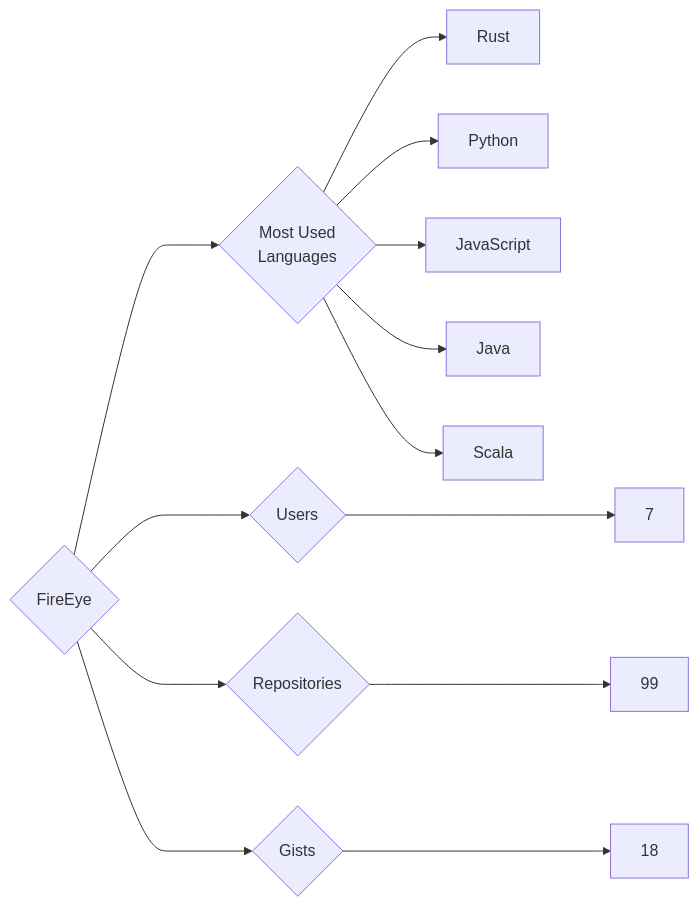
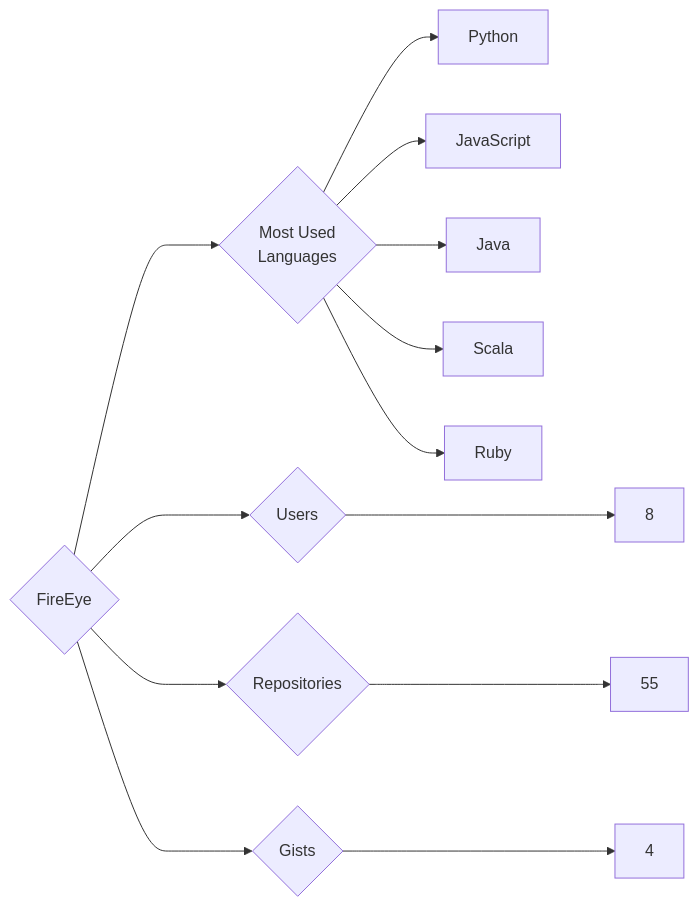
One commit to trickest/insiders changed the diagram in targets/FireEye/README.md. Above: the diagram before and after it, drawn with Mermaid. The commit also changed 873 other files, not shown here.

````diff
--- a/targets/FireEye/README.md
+++ b/targets/FireEye/README.md
@@ -3,13 +3,13 @@
 ```mermaid
 graph LR
 COMPANY_NAME{FireEye}
-COMPANY_NAME ---> U{Users} ---> UN[7]
-COMPANY_NAME ---> R{Repositories} ---> RN[99]
-COMPANY_NAME ---> G{Gists} ---> GN[18]
+COMPANY_NAME ---> U{Users} ---> UN[8]
+COMPANY_NAME ---> R{Repositories} ---> RN[55]
+COMPANY_NAME ---> G{Gists} ---> GN[4]
 COMPANY_NAME ---> ML{Most Used<br>Languages}
-ML --> Rust[Rust]
 ML --> Python[Python]
 ML --> JavaScript[JavaScript]
 ML --> Java[Java]
 ML --> Scala[Scala]
+ML --> Ruby[Ruby]
 ```
````
